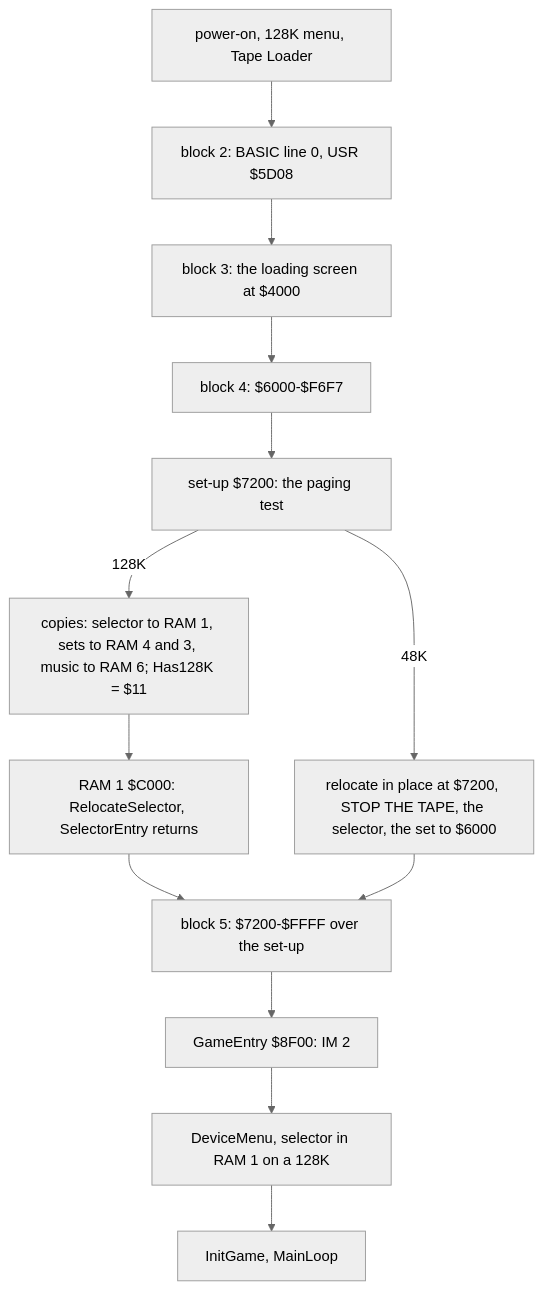
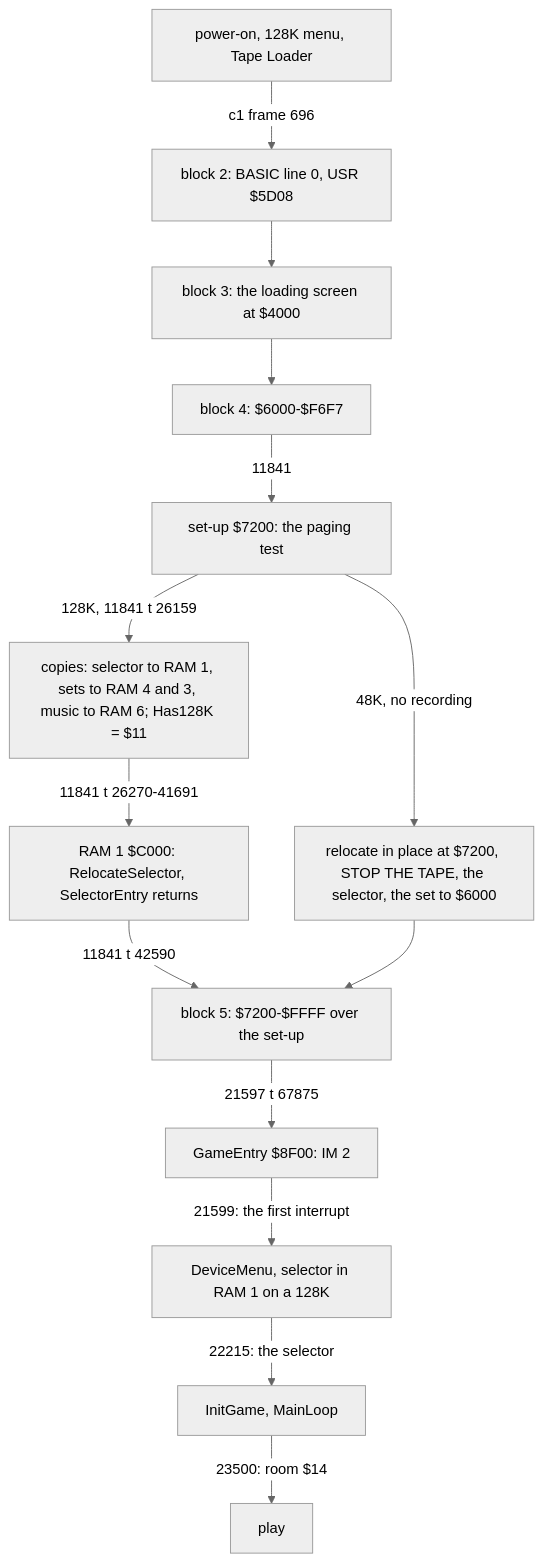
The second of 3 diagrams in games/terramex/docs/02-architecture.md (alfishe/unrealng-reverse-cases), drawn with Mermaid (neutral theme) before and after one commit. The commit also changed other lines of this file and 70 other files, not shown here.

````diff
--- a/games/terramex/docs/02-architecture.md
+++ b/games/terramex/docs/02-architecture.md
@@ -177,15 +178,16 @@
 ```mermaid
 flowchart TD
-    A["power-on, 128K menu, Tape Loader"] --> B["block 2: BASIC line 0, USR $5D08"]
+    A["power-on, 128K menu, Tape Loader"] -->|"c1 frame 696"| B["block 2: BASIC line 0, USR $5D08"]
     B --> C["block 3: the loading screen at $4000"]
     C --> D["block 4: $6000-$F6F7"]
-    D --> E["set-up $7200: the paging test"]
-    E -->|128K| F["copies: selector to RAM 1, sets to RAM 4 and 3, music to RAM 6; Has128K = $11"]
-    F --> G["RAM 1 $C000: RelocateSelector, SelectorEntry returns"]
-    E -->|48K| H["relocate in place at $7200, STOP THE TAPE, the selector, the set to $6000"]
-    G --> I["block 5: $7200-$FFFF over the set-up"]
+    D -->|"11841"| E["set-up $7200: the paging test"]
+    E -->|"128K, 11841 t 26159"| F["copies: selector to RAM 1, sets to RAM 4 and 3, music to RAM 6; Has128K = $11"]
+    F -->|"11841 t 26270-41691"| G["RAM 1 $C000: RelocateSelector, SelectorEntry returns"]
+    E -->|"48K, no recording"| H["relocate in place at $7200, STOP THE TAPE, the selector, the set to $6000"]
+    G -->|"11841 t 42590"| I["block 5: $7200-$FFFF over the set-up"]
     H --> I
-    I --> J["GameEntry $8F00: IM 2"]
-    J --> K["DeviceMenu, selector in RAM 1 on a 128K"]
-    K --> L["InitGame, MainLoop"]
+    I -->|"21597 t 67875"| J["GameEntry $8F00: IM 2"]
+    J -->|"21599: the first interrupt"| K["DeviceMenu, selector in RAM 1 on a 128K"]
+    K -->|"22215: the selector"| L["InitGame, MainLoop"]
+    L -->|"23500: room $14"| M["play"]
 ```
````
